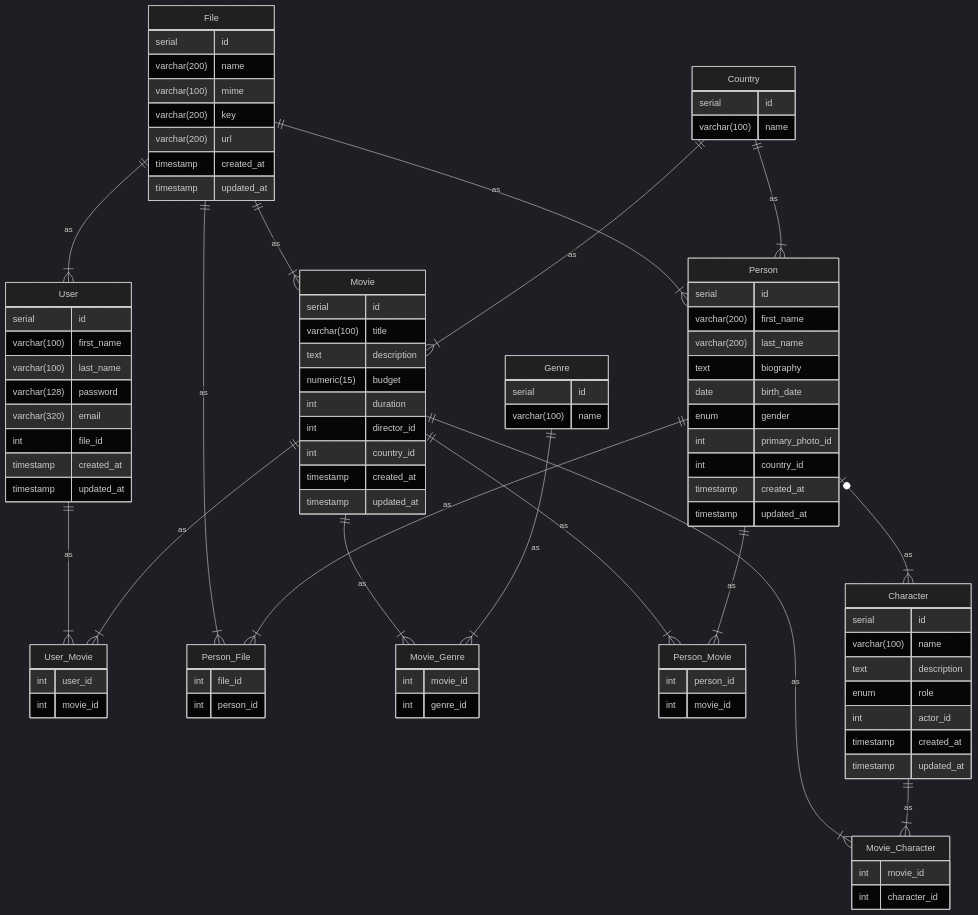
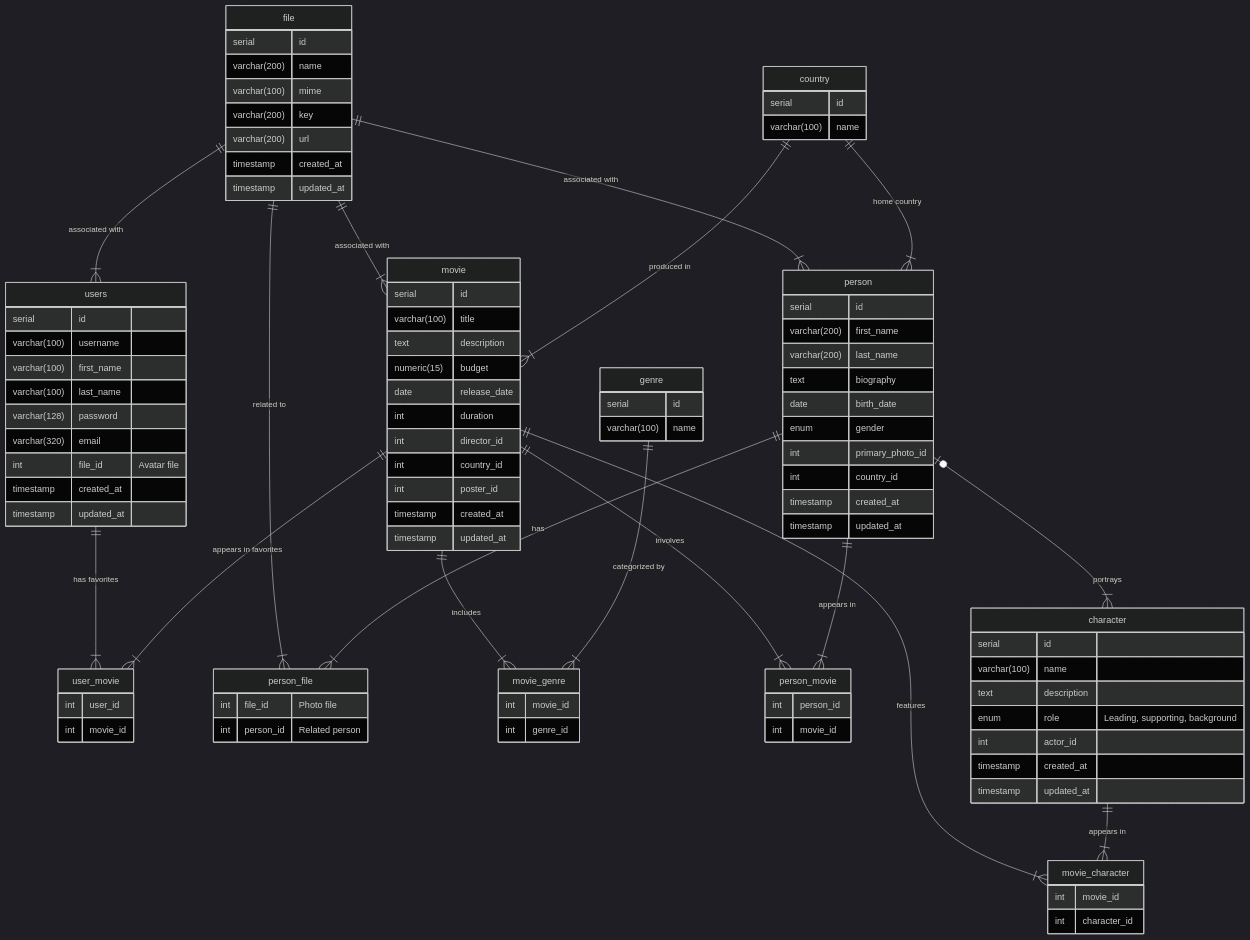
Before and after one commit to peperoni4/db-homework: the diagram in readme.md, drawn with Mermaid (dark theme).

Commit message:
refactor: change table names in ER diagram and add relation descriptions

````diff
--- a/readme.md
+++ b/readme.md
@@ -2,22 +2,23 @@
 ```mermaid
 erDiagram
-    User ||--|{ User_Movie : as
-    User {
+    users ||--|{ user_movie : "has favorites"
+    users {
         serial id
+        varchar(100) username
         varchar(100) first_name
         varchar(100) last_name
         varchar(128) password
         varchar(320) email
-        int file_id
+        int file_id "Avatar file"
         timestamp created_at
         timestamp updated_at
+    }
 
-    }
-    File ||--|{ User : as
-    File ||--|{ Movie : as
-    File ||--|{ Person : as
-    File ||--|{ Person_File : as
-    File {
+    file ||--|{ users : "associated with"
+    file ||--|{ movie : "associated with"
+    file ||--|{ person : "associated with"
+    file ||--|{ person_file : "related to"
+    file {
         serial id
         varchar(200) name
         varchar(100) mime
@@ -27,51 +28,52 @@
         timestamp updated_at
     }
 
-    Movie ||--|{ User_Movie : as
-    Movie ||--|{ Movie_Genre : as
-    Movie ||--|{ Movie_Character : as
-    Movie ||--|{ Person_Movie : as
-    Movie {
+    movie ||--|{ user_movie : "appears in favorites"
+    movie ||--|{ movie_genre : "includes"
+    movie ||--|{ movie_character : "features"
+    movie ||--|{ person_movie : "involves"
+    movie {
         serial id
         varchar(100) title
         text description
         numeric(15) budget
+        date release_date
         int duration
         int director_id
         int country_id
+        int poster_id
         timestamp created_at
         timestamp updated_at
     }
 
-    Genre ||--|{ Movie_Genre : as
-    Genre {
+    genre ||--|{ movie_genre : "categorized by"
+    genre {
         serial id
         varchar(100) name
     }
 
-
-    Country ||--|{ Movie : as
-    Country ||--|{ Person : as
-    Country {
+    country ||--|{ movie : "produced in"
+    country ||--|{ person : "home country"
+    country {
         serial id
         varchar(100) name
     }
 
-    Character ||--|{ Movie_Character : as
-    Character {
+    character ||--|{ movie_character : "appears in"
+    character {
         serial id
         varchar(100) name
         text description
-        enum role
+        enum role "Leading, supporting, background"
         int actor_id
         timestamp created_at
         timestamp updated_at
     }
 
-    Person |o--|{ Character : as
-    Person ||--|{ Person_File : as
-    Person ||--|{ Person_Movie : as
-    Person {
+    person |o--|{ character : "portrays"
+    person ||--|{ person_file : "has"
+    person ||--|{ person_movie : "appears in"
+    person {
         serial id
         varchar(200) first_name
         varchar(200) last_name
@@ -84,27 +86,27 @@
         timestamp updated_at
     }
 
-    Person_File {
-        int file_id
-        int person_id
+    person_file {
+        int file_id "Photo file"
+        int person_id "Related person"
     }
 
-    User_Movie {
+    user_movie {
         int user_id
         int movie_id
     }
 
-    Movie_Genre {
+    movie_genre {
         int movie_id
         int genre_id
     }
 
-    Movie_Character {
+    movie_character {
         int movie_id
         int character_id
     }
 
-    Person_Movie {
+    person_movie {
         int person_id
         int movie_id
     }
````
